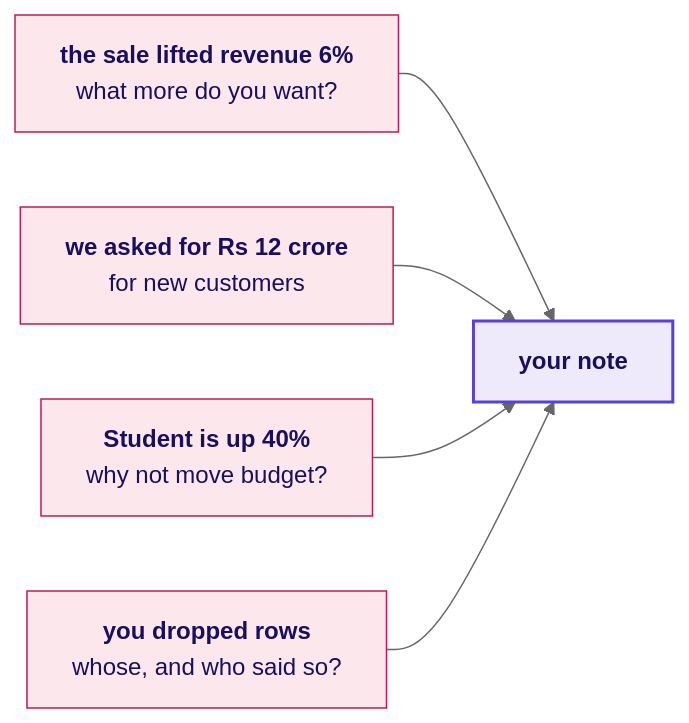
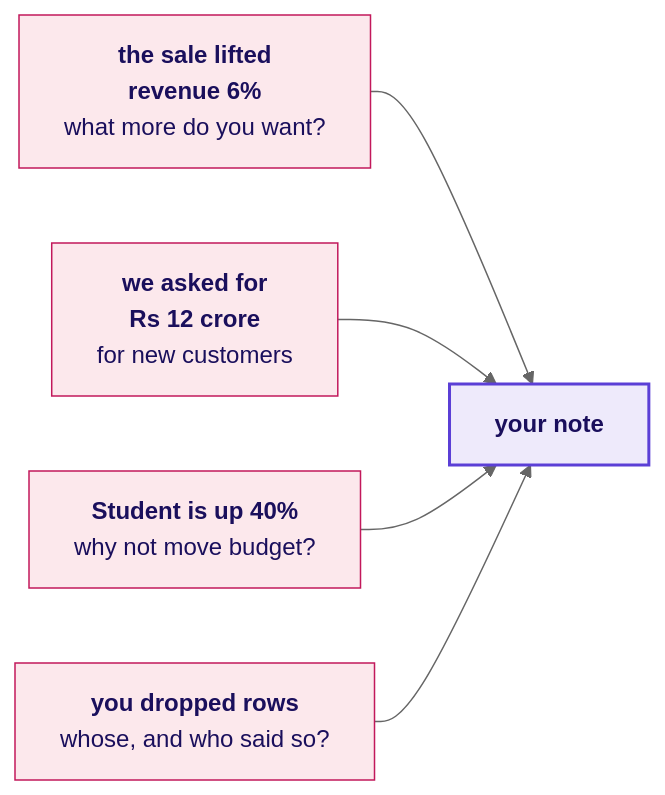
The first of 6 diagrams in content/W01/D5/slides/C2_W01_D05_rehearsal_STUDENT.md (fde-academy-lab/c2-content-factory), drawn with Mermaid (neutral theme) before and after one commit. The commit also changed 4 other files, not shown here.

````diff
--- a/content/W01/D5/slides/C2_W01_D05_rehearsal_STUDENT.md
+++ b/content/W01/D5/slides/C2_W01_D05_rehearsal_STUDENT.md
@@ -69,11 +69,11 @@
 ```mermaid
 flowchart LR
-    A["<b>the sale lifted revenue 6%</b><br/>what more do you want?"] --> N["<b>your note</b>"]
-    B["<b>we asked for Rs 12 crore</b><br/>for new customers"] --> N
+    A["<b>the sale lifted</b><br/><b>revenue 6%</b><br/>what more do you want?"] --> N["<b>your note</b>"]
+    B["<b>we asked for</b><br/><b>Rs 12 crore</b><br/>for new customers"] --> N
     C["<b>Student is up 40%</b><br/>why not move budget?"] --> N
     D["<b>you dropped rows</b><br/>whose, and who said so?"] --> N
     classDef bad fill:#FCE8EC,stroke:#C2185B,color:#1A0F5C
     classDef known fill:#EEEAFB,stroke:#5B3FD6,color:#1A0F5C,stroke-width:2px
     class A,B,C,D bad
     class N known
 ```
````
